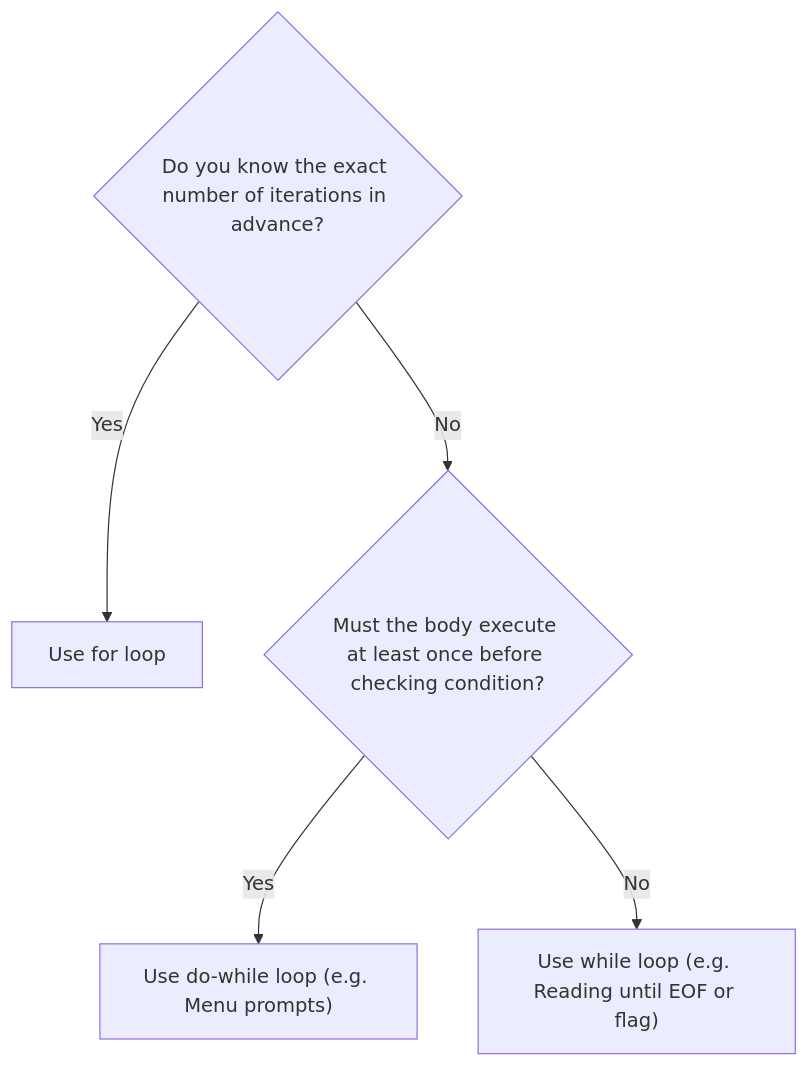
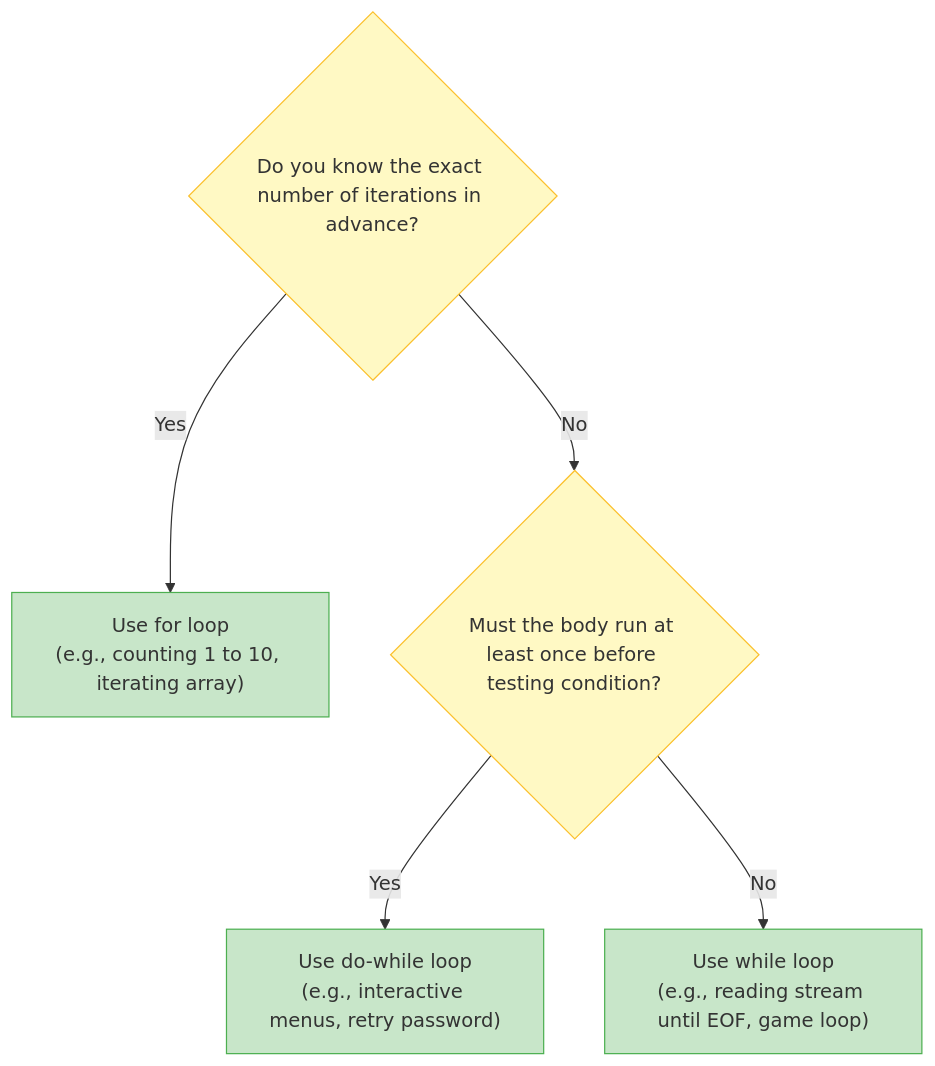
One commit to Mokshagnatej/Java-course changed the third of 3 diagrams in src/Loops/README.md. Above: the diagram before and after it, drawn with Mermaid. The commit also changed other lines of this file and 15 other files, not shown here.

````diff
--- a/src/Loops/README.md
+++ b/src/Loops/README.md
@@ -42,8 +98,14 @@
 ```mermaid
 graph TD
     A{"Do you know the exact number of iterations in advance?"}
-    A -- Yes --> FOR["Use for loop"]
-    A -- No --> B{"Must the body execute at least once before checking condition?"}
-    B -- Yes --> DOWHILE["Use do-while loop (e.g. Menu prompts)"]
-    B -- No --> WHILE["Use while loop (e.g. Reading until EOF or flag)"]
+    A -- Yes --> FOR["Use for loop\n(e.g., counting 1 to 10, iterating array)"]
+    A -- No --> B{"Must the body run at least once before testing condition?"}
+    B -- Yes --> DOWHILE["Use do-while loop\n(e.g., interactive menus, retry password)"]
+    B -- No --> WHILE["Use while loop\n(e.g., reading stream until EOF, game loop)"]
+
+    style A fill:#FFF9C4,stroke:#FBC02D
+    style B fill:#FFF9C4,stroke:#FBC02D
+    style FOR fill:#C8E6C9,stroke:#4CAF50
+    style DOWHILE fill:#C8E6C9,stroke:#4CAF50
+    style WHILE fill:#C8E6C9,stroke:#4CAF50
 ```
````
